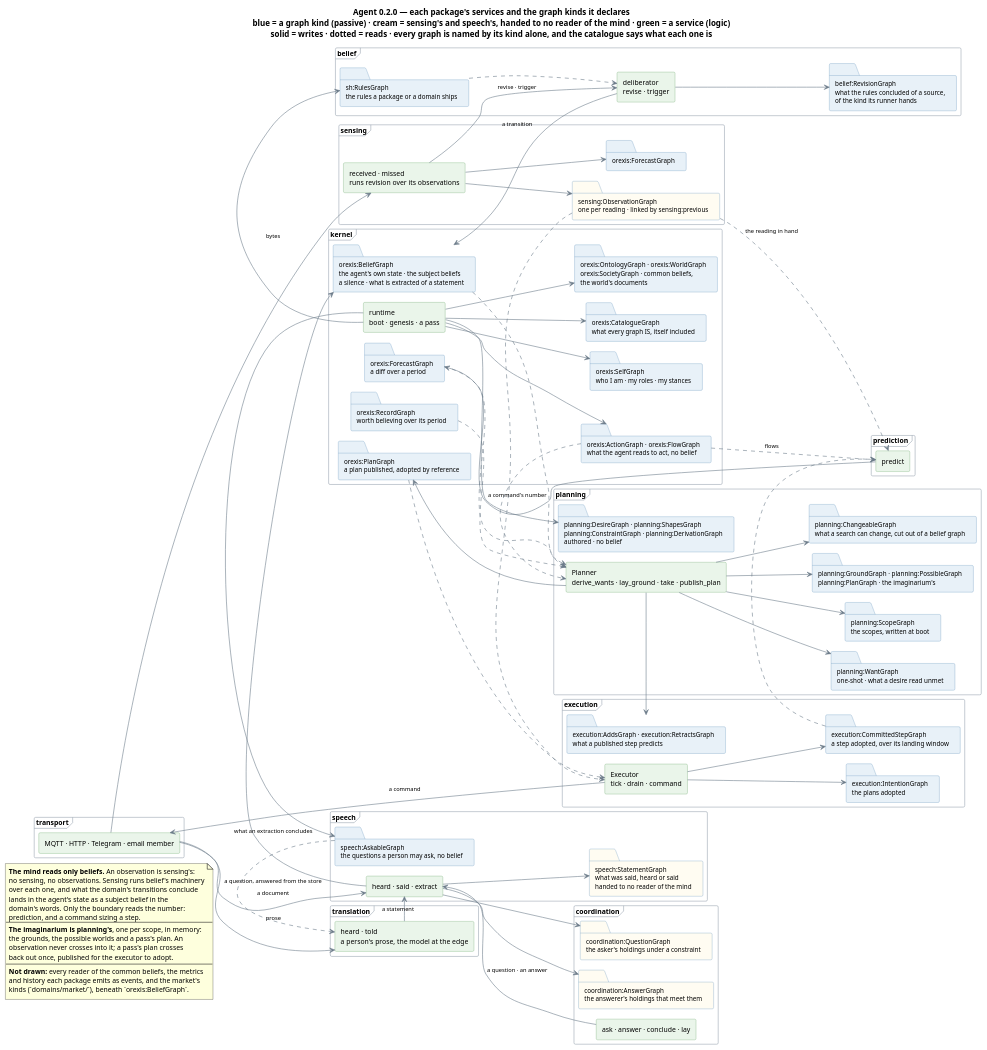
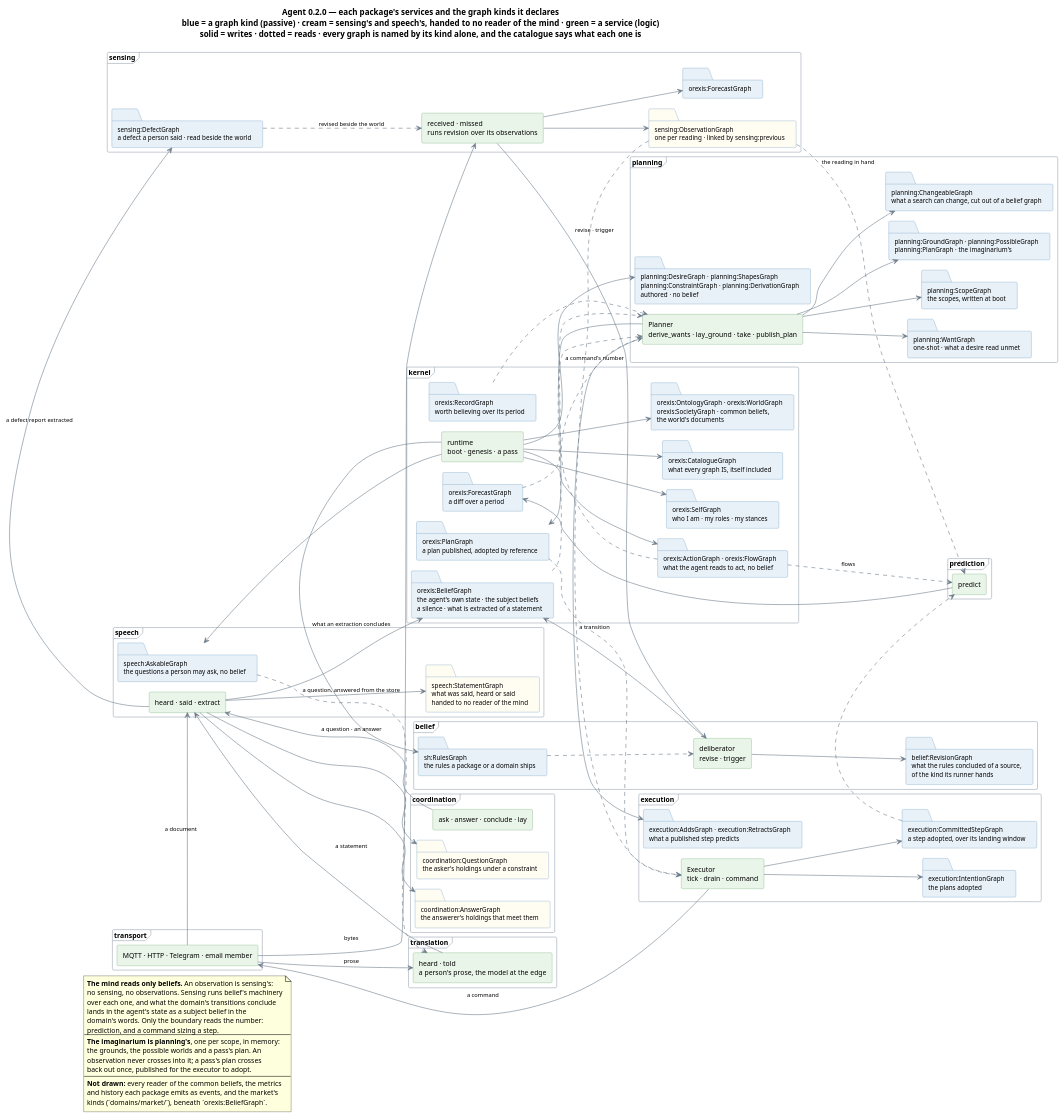
Before and after one commit to ShishkinDmitriy/orexis: the diagram in knowledge/diagrams/agent-structure.puml, drawn with PlantUML. The commit also changed 1 other file, not shown here.

Commit message:
The agent structure draws sensing's defect graph, extracted by speech and read beside the world
Claude-Session: https://claude.ai/code/session_01SpspUjCa1ve7vTpproEQu5

```diff
--- a/knowledge/diagrams/agent-structure.puml
+++ b/knowledge/diagrams/agent-structure.puml
@@ -1,155 +1,158 @@
 @startuml agent-structure
 !pragma layout smetana
 title Agent 0.2.0 — each package's services and the graph kinds it declares\nblue = a graph kind (passive) · cream = sensing's and speech's, handed to no reader of the mind · green = a service (logic)\nsolid = writes · dotted = reads · every graph is named by its kind alone, and the catalogue says what each one is
 
 left to right direction
 skinparam componentStyle rectangle
 skinparam shadowing false
 skinparam defaultFontSize 12
 skinparam titleFontSize 14
 skinparam ArrowFontSize 10
 skinparam ArrowColor #6B7A88
 skinparam folder {
   BackgroundColor #E8F1F8
   BorderColor #5B8DB8
   FontSize 11
 }
 skinparam component {
   BackgroundColor #EAF5EA
   BorderColor #5E9E5E
 }
 skinparam frame {
   BorderColor #9AA5B1
   FontSize 12
 }
 
 frame "transport" {
   component "MQTT · HTTP · Telegram · email member" as TR
 }
 
 frame "sensing" {
   component "received · missed\nruns revision over its observations" as SEN
   folder "sensing:ObservationGraph\none per reading · linked by sensing:previous" as obs #FFFCF2
   folder "orexis:ForecastGraph" as fc
+  folder "sensing:DefectGraph\na defect a person said · read beside the world" as dg
 }
 
 frame "speech" {
   component "heard · said · extract" as SP
   folder "speech:StatementGraph\nwhat was said, heard or said\nhanded to no reader of the mind" as utt #FFFCF2
   folder "speech:AskableGraph\nthe questions a person may ask, no belief" as askg
 }
 
 frame "translation" {
   component "heard · told\na person's prose, the model at the edge" as TRL
 }
 
 frame "coordination" {
   component "ask · answer · conclude · lay" as CO
   folder "coordination:QuestionGraph\nthe asker's holdings under a constraint" as que #FFFCF2
   folder "coordination:AnswerGraph\nthe answerer's holdings that meet them" as ans #FFFCF2
 }
 
 frame "belief" {
   component "deliberator\nrevise · trigger" as DEL
   folder "belief:RevisionGraph\nwhat the rules concluded of a source,\nof the kind its runner hands" as rev
   folder "sh:RulesGraph\nthe rules a package or a domain ships" as rules
 }
 
 frame "kernel" {
   component "runtime\nboot · genesis · a pass" as RT
   folder "orexis:CatalogueGraph\nwhat every graph IS, itself included" as cat
   folder "orexis:OntologyGraph · orexis:WorldGraph\norexis:SocietyGraph · common beliefs,\nthe world's documents" as pub
   folder "orexis:ActionGraph · orexis:FlowGraph\nwhat the agent reads to act, no belief" as acts
   folder "orexis:SelfGraph\nwho I am · my roles · my stances" as self
   folder "orexis:BeliefGraph\nthe agent's own state · the subject beliefs\na silence · what is extracted of a statement" as st
   folder "orexis:ForecastGraph\na diff over a period" as pr
   folder "orexis:PlanGraph\na plan published, adopted by reference" as plan
   folder "orexis:RecordGraph\nworth believing over its period" as rec
 }
 
 frame "prediction" {
   component "predict" as PRE
 }
 
 frame "planning" {
   component "Planner\nderive_wants · lay_ground · take · publish_plan" as PL
   folder "planning:DesireGraph · planning:ShapesGraph\nplanning:ConstraintGraph · planning:DerivationGraph\nauthored · no belief" as des
   folder "planning:WantGraph\none-shot · what a desire read unmet" as want
   folder "planning:ScopeGraph\nthe scopes, written at boot" as scope
   folder "planning:GroundGraph · planning:PossibleGraph\nplanning:PlanGraph · the imaginarium's" as img
   folder "planning:ChangeableGraph\nwhat a search can change, cut out of a belief graph" as cut
 }
 
 frame "execution" {
   component "Executor\ntick · drain · command" as EX
   folder "execution:IntentionGraph\nthe plans adopted" as int
   folder "execution:CommittedStepGraph\na step adopted, over its landing window" as cs
   folder "execution:AddsGraph · execution:RetractsGraph\nwhat a published step predicts" as diff
 }
 
 ' ───────────────────────── who writes what ─────────────────────────
 
 RT  --> cat
 RT  --> pub
 RT  --> acts
 RT  --> self
 RT  --> des
 RT  --> rules
 RT  --> askg
 TR  --> TRL : prose
 TRL --> SP : a statement
 TR  --> SEN : bytes
 TR  --> SP : a document
 SEN --> obs
+SP  --> dg : a defect report extracted
+dg  ..> SEN : revised beside the world
 SEN --> fc
 SEN --> DEL : revise · trigger
 DEL --> rev
 DEL --> st : a transition
 SP  --> utt
 SP  --> st : what an extraction concludes
 CO  --> SP : a question · an answer
 SP  --> que
 SP  --> ans
 PRE --> pr
 PL  --> scope
 PL  --> want
 PL  --> img
 PL  --> cut
 PL  --> plan
 PL  --> diff
 EX  --> int
 EX  --> cs
 EX  --> TR : a command
 
 ' ───────────────────────── who reads what ─────────────────────────
 
 obs ..> PRE : the reading in hand
 obs ..> EX : a command's number
 cs  ..> PRE
 st  ..> PL
 pr  ..> PL
 rec ..> PL
 plan ..> EX
 rules ..> DEL
 acts ..> PL
 acts ..> PRE : flows
 askg ..> TRL : a question, answered from the store
 
 note as N1
   **The mind reads only beliefs.** An observation is sensing's:
   no sensing, no observations. Sensing runs belief's machinery
   over each one, and what the domain's transitions conclude
   lands in the agent's state as a subject belief in the
   domain's words. Only the boundary reads the number:
   prediction, and a command sizing a step.
   ----
   **The imaginarium is planning's**, one per scope, in memory:
   the grounds, the possible worlds and a pass's plan. An
   observation never crosses into it; a pass's plan crosses
   back out once, published for the executor to adopt.
   ----
   **Not drawn:** every reader of the common beliefs, the metrics
   and history each package emits as events, and the market's
   kinds (`domains/market/`), beneath `orexis:BeliefGraph`.
 end note
 @enduml
```
